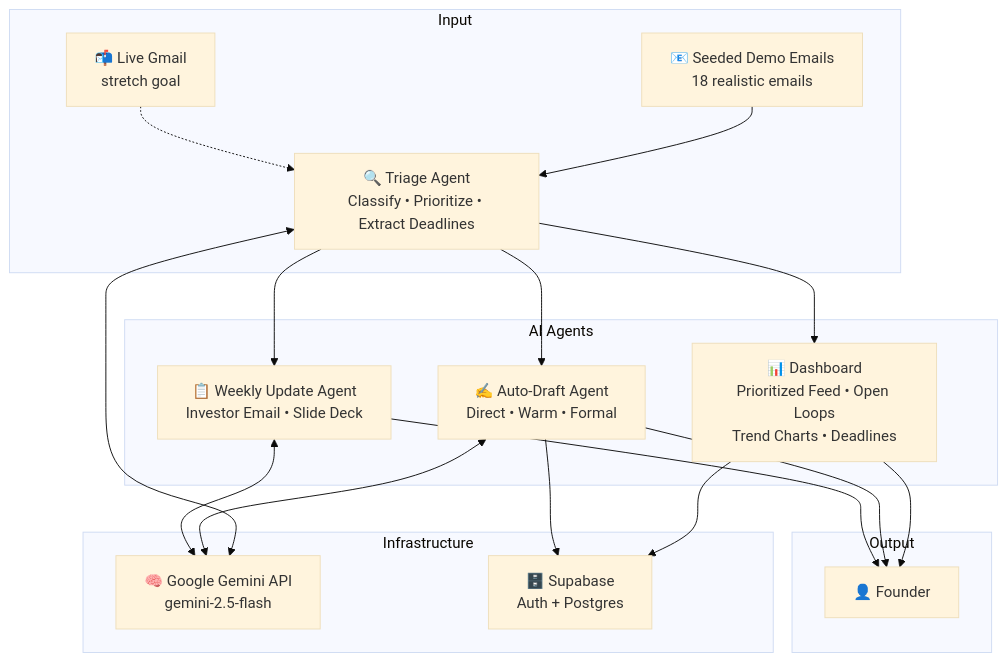
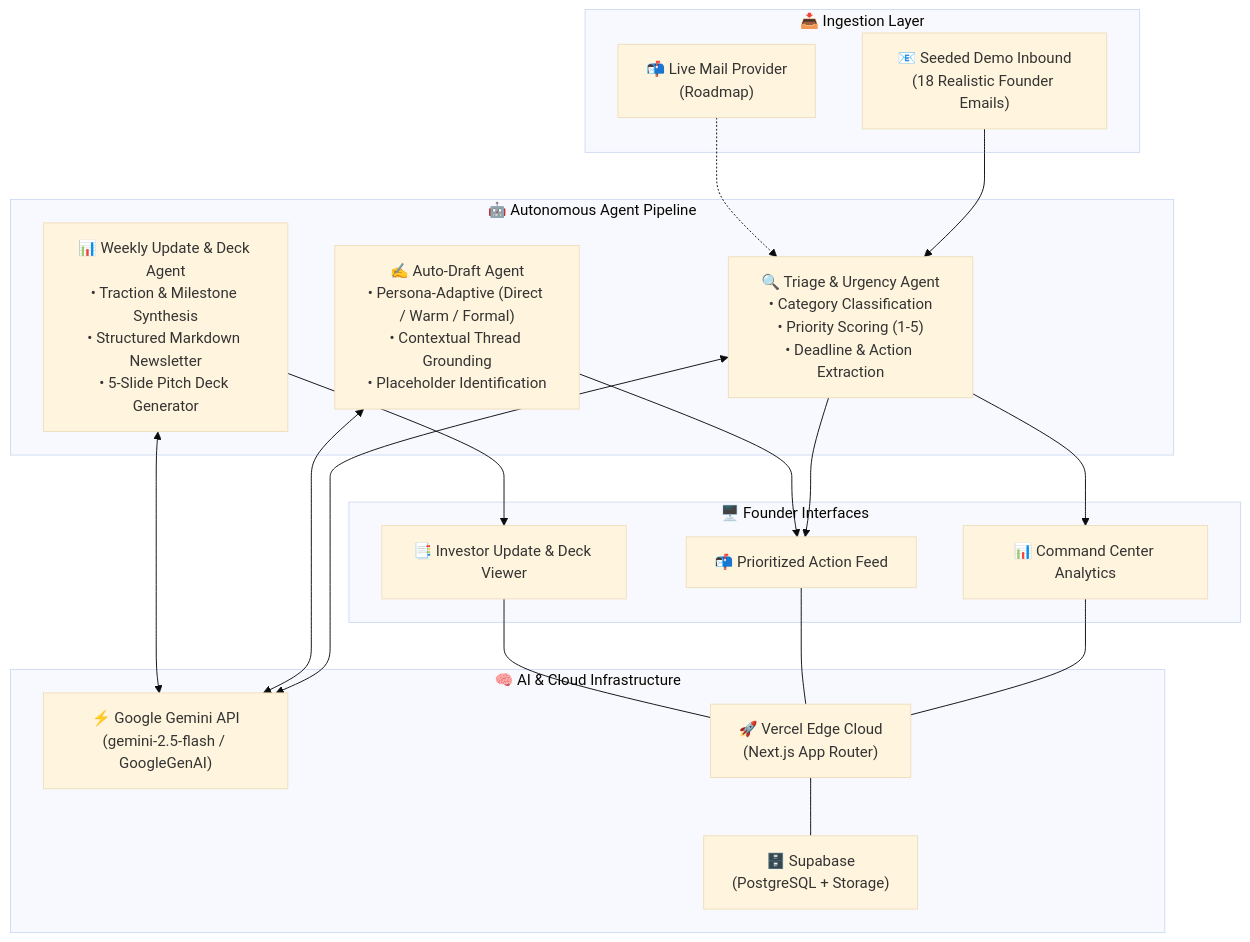
One commit to HackIndiaXYZ/ai-first-startup-hackathon-build-a-startup-using-ai-only-arclight changed the diagram in README.md. Above: the diagram before and after it, drawn with Mermaid (base theme). The commit also changed other lines of this file and 4 other files, not shown here.

Commit message:
docs: enrich README with live screenshots, badges, detailed architecture and links

````diff
--- a/README.md
+++ b/README.md
@@ -29,31 +104,41 @@
 ```mermaid
 flowchart TD
-    subgraph Input
-        A[📧 Seeded Demo Emails\n18 realistic emails] --> B
-        A2[📬 Live Gmail\nstretch goal] -.-> B
+    subgraph Ingestion["📥 Ingestion Layer"]
+        A["📧 Seeded Demo Inbound\n(18 Realistic Founder Emails)"]
+        A2["📬 Live Mail Provider\n(Roadmap)"]
     end
 
-    subgraph AI Agents
-        B[🔍 Triage Agent\nClassify • Prioritize • Extract Deadlines]
-        B --> C[📊 Dashboard\nPrioritized Feed • Open Loops\nTrend Charts • Deadlines]
-        B --> D[✍️ Auto-Draft Agent\nDirect • Warm • Formal]
-        B --> E[📋 Weekly Update Agent\nInvestor Email • Slide Deck]
+    subgraph CoreAgents["🤖 Autonomous Agent Pipeline"]
+        B["🔍 Triage & Urgency Agent\n• Category Classification\n• Priority Scoring (1-5)\n• Deadline & Action Extraction"]
+        C["✍️ Auto-Draft Agent\n• Persona-Adaptive (Direct / Warm / Formal)\n• Contextual Thread Grounding\n• Placeholder Identification"]
+        D["📊 Weekly Update & Deck Agent\n• Traction & Milestone Synthesis\n• Structured Markdown Newsletter\n• 5-Slide Pitch Deck Generator"]
     end
 
-    subgraph Infrastructure
-        F[🧠 Google Gemini API\ngemini-2.5-flash]
-        G[🗄️ Supabase\nAuth + Postgres]
+    subgraph Intelligence["🧠 AI & Cloud Infrastructure"]
+        E["⚡ Google Gemini API\n(gemini-2.5-flash / GoogleGenAI)"]
+        F["🗄️ Supabase\n(PostgreSQL + Storage)"]
+        G["🚀 Vercel Edge Cloud\n(Next.js App Router)"]
     end
 
-    B <--> F
-    D <--> F
-    E <--> F
-    C --> G
-    D --> G
+    subgraph UI["🖥️ Founder Interfaces"]
+        H["📊 Command Center Analytics"]
+        I["📬 Prioritized Action Feed"]
+        J["📑 Investor Update & Deck Viewer"]
+    end
 
-    subgraph Output
-        C --> H[👤 Founder]
-        D --> H
-        E --> H
-    end
+    A --> B
+    A2 -.-> B
+    B <--> E
+    C <--> E
+    D <--> E
+    
+    B --> H
+    B --> I
+    C --> I
+    D --> J
+    
+    H --- G
+    I --- G
+    J --- G
+    G --- F
 ```
````
